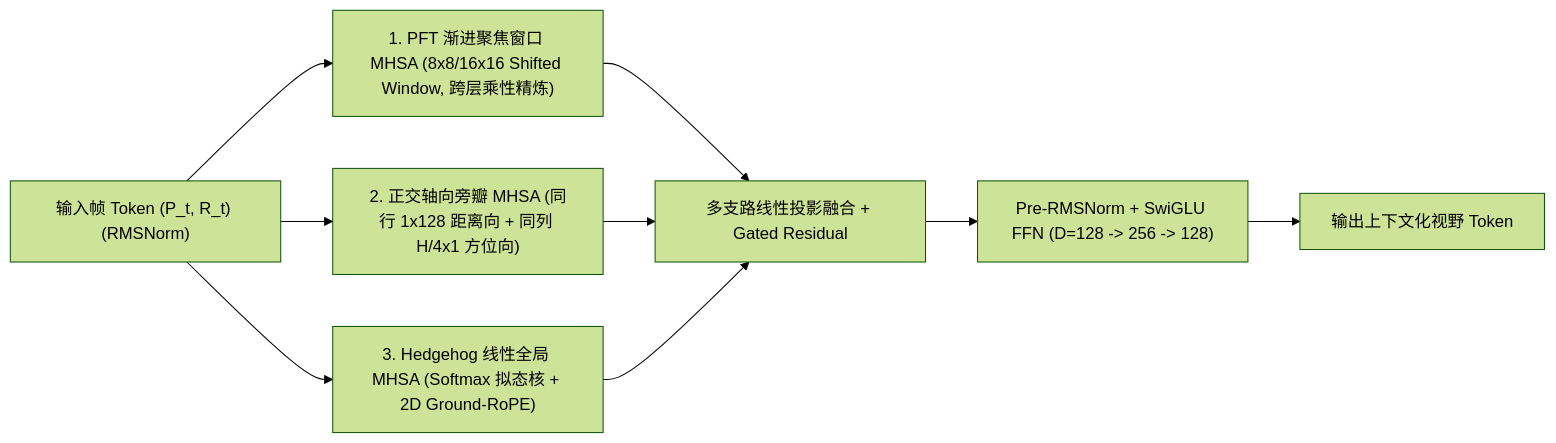
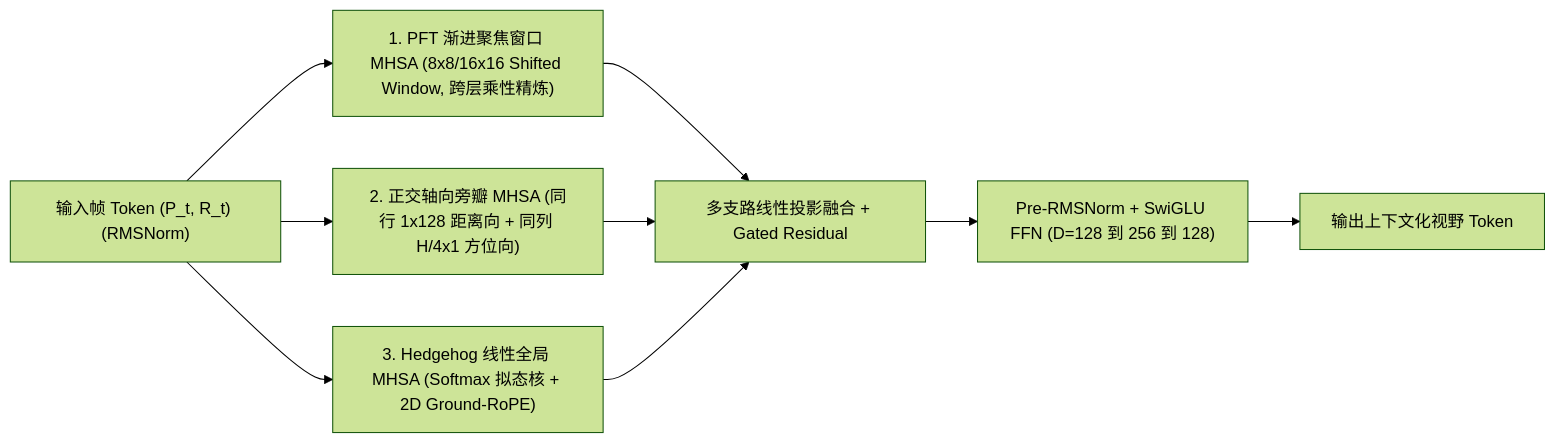
One commit to deathend110/SAR_Sequence_Restore changed the third of 5 diagrams in docs/架构设计B_从基础UCAN与序列恢复重构.md. Above: the diagram before and after it, drawn with Mermaid (forest theme). The commit also changed other lines of this file and 1 other file, not shown here.

Commit message:
修复两份架构设计文档在Typora中的公式与Mermaid渲染语法错误

````diff
--- a/docs/架构设计B_从基础UCAN与序列恢复重构.md
+++ b/docs/架构设计B_从基础UCAN与序列恢复重构.md
@@ -64,11 +64,11 @@
 ```mermaid
-flowchart LR
+graph LR
     X_IN["输入帧 Token (P_t, R_t) (RMSNorm)"] --> B1["1. PFT 渐进聚焦窗口 MHSA (8x8/16x16 Shifted Window, 跨层乘性精炼)"]
     X_IN --> B2["2. 正交轴向旁瓣 MHSA (同行 1x128 距离向 + 同列 H/4x1 方位向)"]
     X_IN --> B3["3. Hedgehog 线性全局 MHSA (Softmax 拟态核 + 2D Ground-RoPE)"]
     B1 --> CAT["多支路线性投影融合 + Gated Residual"]
     B2 --> CAT
     B3 --> CAT
-    CAT --> FFN["Pre-RMSNorm + SwiGLU FFN (D=128 -> 256 -> 128)"]
+    CAT --> FFN["Pre-RMSNorm + SwiGLU FFN (D=128 到 256 到 128)"]
     FFN --> X_OUT["输出上下文化视野 Token"]
 ```
````
